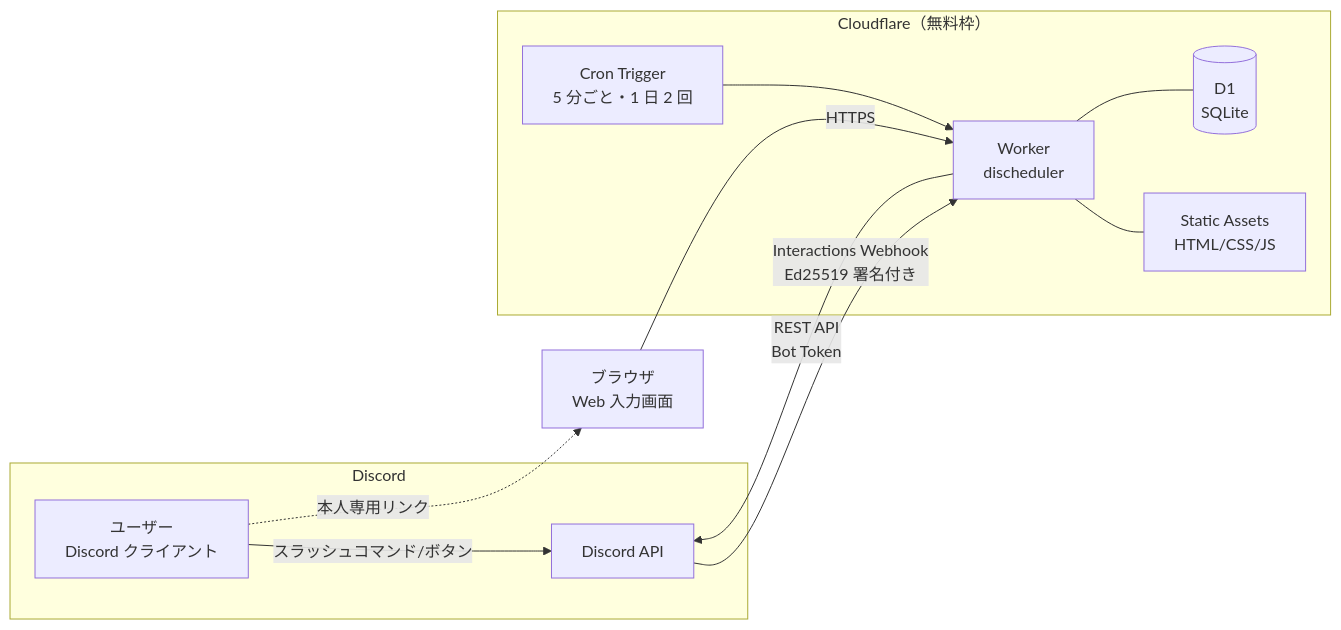
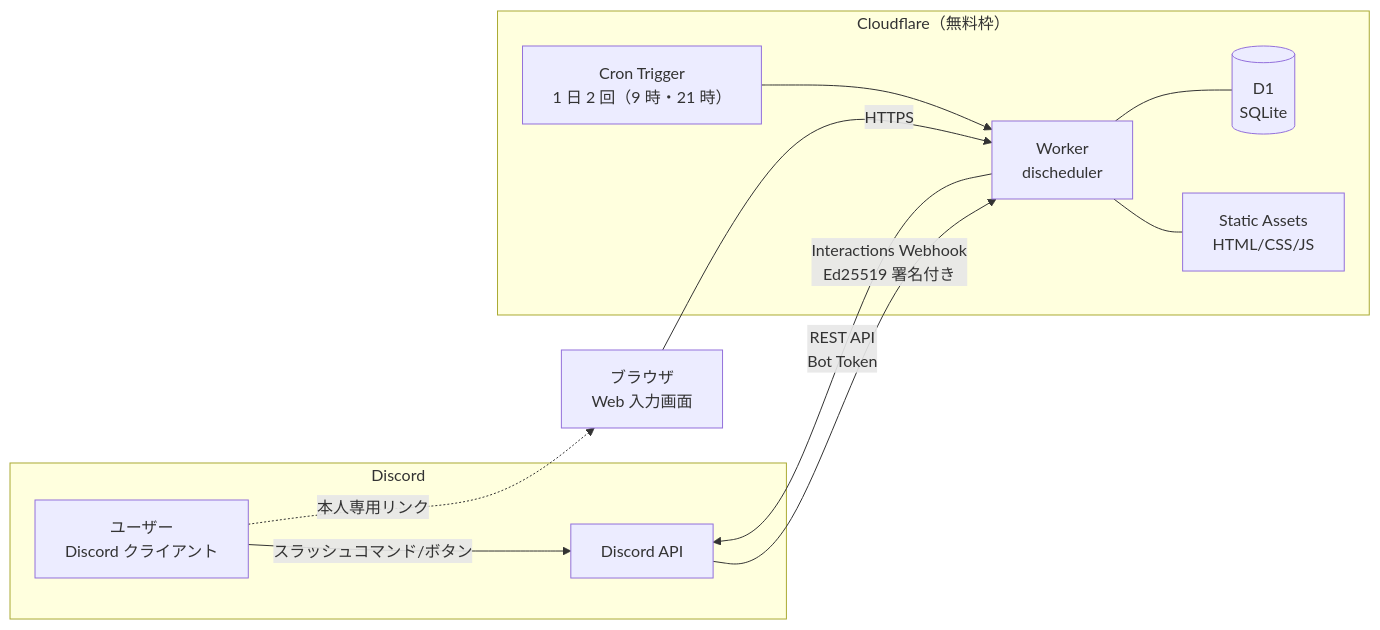
The first of 5 diagrams in docs/design.md (etlit-r/DIscheduler), drawn with Mermaid before and after one commit. The commit also changed other lines of this file, not shown here.

First line of the commit message:
Cron を 1 日 2 回（日本時間 9 時・21 時）だけにする

````diff
--- a/docs/design.md
+++ b/docs/design.md
@@ -63,25 +64,25 @@
 ```mermaid
 flowchart LR
   subgraph Discord
     U[ユーザー<br/>Discord クライアント]
     DAPI[Discord API]
   end
 
   subgraph Cloudflare["Cloudflare（無料枠）"]
     W[Worker<br/>discheduler]
     SA[Static Assets<br/>HTML/CSS/JS]
     D1[(D1<br/>SQLite)]
-    CRON[Cron Trigger<br/>5 分ごと・1 日 2 回]
+    CRON[Cron Trigger<br/>1 日 2 回（9 時・21 時）]
   end
 
   B[ブラウザ<br/>Web 入力画面]
 
   U -- スラッシュコマンド/ボタン --> DAPI
   DAPI -- Interactions Webhook<br/>Ed25519 署名付き --> W
   W -- REST API<br/>Bot Token --> DAPI
   U -. 本人専用リンク .-> B
   B -- HTTPS --> W
   W --- SA
   W --- D1
   CRON --> W
 ```
````
